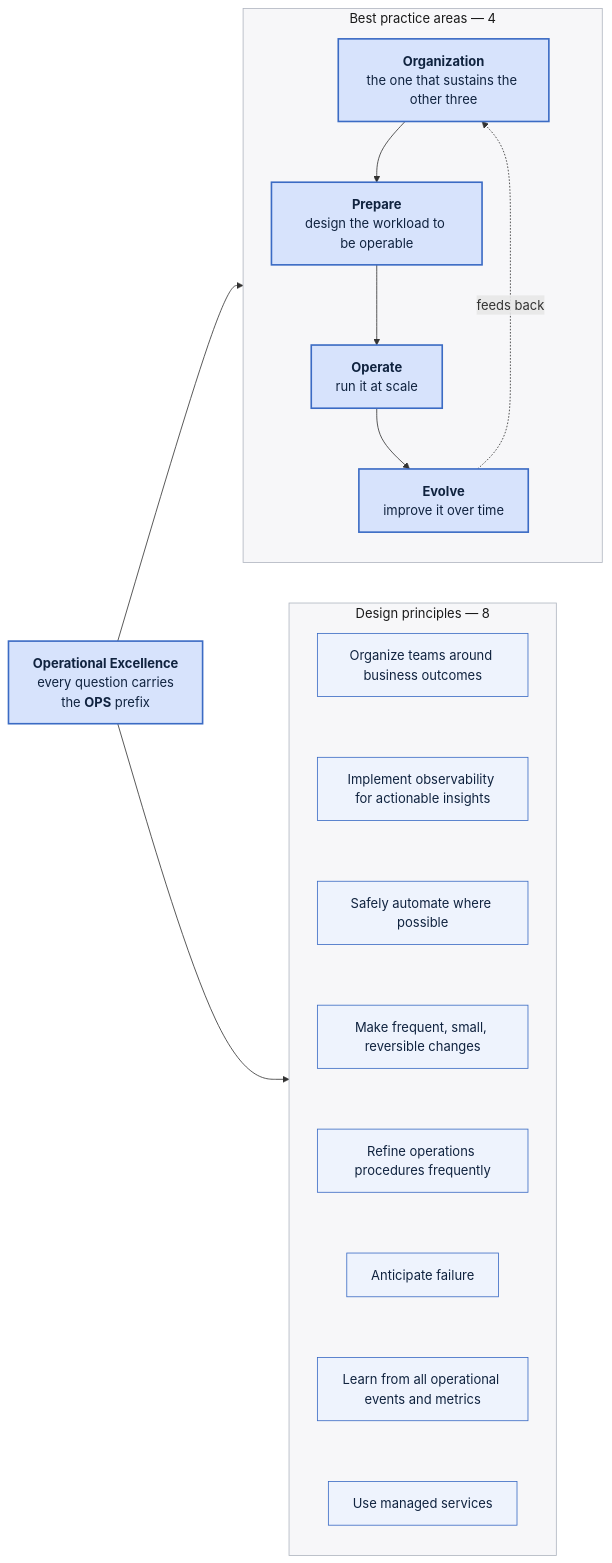
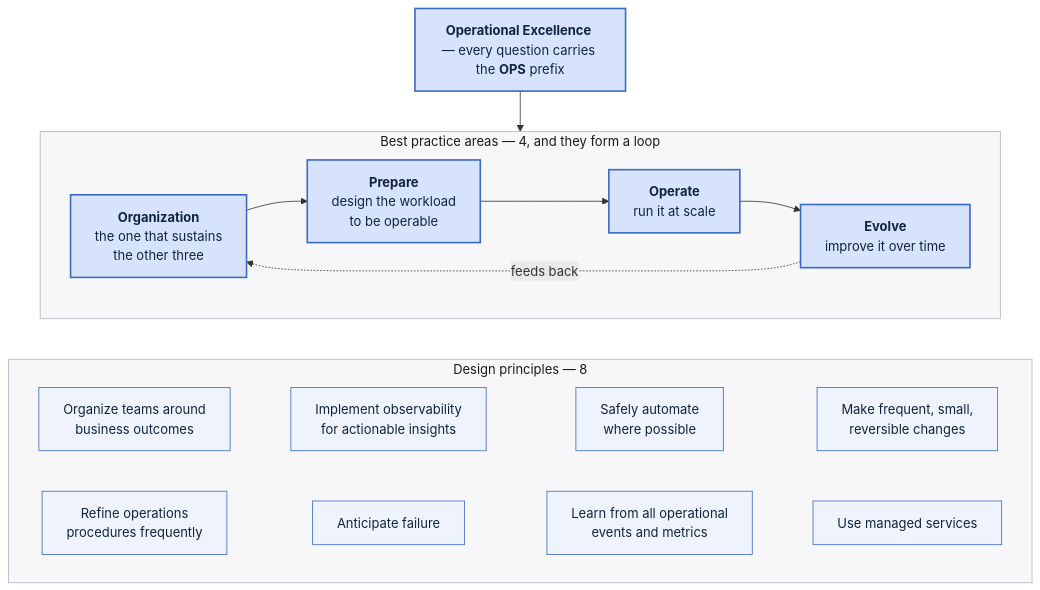
Before and after one commit to toddcooke/learn: the fifth of 10 diagrams in well-architected/diagrams.md, drawn with Mermaid. The commit also changed other lines of this file, not shown here.

First line of the commit message:
fix: lay out the diagrams to fit a 13.3in screen

````diff
--- a/well-architected/diagrams.md
+++ b/well-architected/diagrams.md
@@ -253,37 +259,26 @@
 ```mermaid
-flowchart LR
-    OPS["<b>Operational Excellence</b><br/>every question carries<br/>the <b>OPS</b> prefix"]
+flowchart TB
+    OPS["<b>Operational Excellence</b> — every question carries the <b>OPS</b> prefix"]
 
-    subgraph BPA["Best practice areas — 4"]
-        direction TB
-        A1["<b>Organization</b><br/>the one that sustains the other three"]
-        A2["<b>Prepare</b><br/>design the workload to be operable"]
-        A3["<b>Operate</b><br/>run it at scale"]
-        A4["<b>Evolve</b><br/>improve it over time"]
-        A1 --> A2 --> A3 --> A4
+    subgraph BPA["Best practice areas — 4, and they form a loop"]
+        direction LR
+        A1["<b>Organization</b><br/>the one that sustains<br/>the other three"] --> A2["<b>Prepare</b><br/>design the workload<br/>to be operable"] --> A3["<b>Operate</b><br/>run it at scale"] --> A4["<b>Evolve</b><br/>improve it over time"]
         A4 -.->|"feeds back"| A1
     end
 
     subgraph DP["Design principles — 8"]
-        direction TB
-        P1["Organize teams around business outcomes"]
-        P2["Implement observability for actionable insights"]
-        P3["Safely automate where possible"]
-        P4["Make frequent, small, reversible changes"]
-        P5["Refine operations procedures frequently"]
-        P6["Anticipate failure"]
-        P7["Learn from all operational events and metrics"]
-        P8["Use managed services"]
-        P1 ~~~ P2 ~~~ P3 ~~~ P4 ~~~ P5 ~~~ P6 ~~~ P7 ~~~ P8
+        direction LR
+        P1["Organize teams around<br/>business outcomes"] ~~~ P2["Implement observability<br/>for actionable insights"] ~~~ P3["Safely automate<br/>where possible"] ~~~ P4["Make frequent, small,<br/>reversible changes"]
+        P5["Refine operations<br/>procedures frequently"] ~~~ P6["Anticipate failure"] ~~~ P7["Learn from all operational<br/>events and metrics"] ~~~ P8["Use managed services"]
     end
 
     OPS --> BPA
-    OPS --> DP
+    BPA ~~~ DP
 
     classDef ops fill:#d7e3fc,stroke:#3b6bc4,stroke-width:2px,color:#10233f
     classDef opslight fill:#eef3fd,stroke:#3b6bc4,stroke-width:1px,color:#10233f
     classDef sub fill:#f7f7f9,stroke:#b0b6c0,stroke-width:1px,color:#1a1a1a
     class OPS,A1,A2,A3,A4 ops
     class P1,P2,P3,P4,P5,P6,P7,P8 opslight
     class BPA,DP sub
 ```
````
